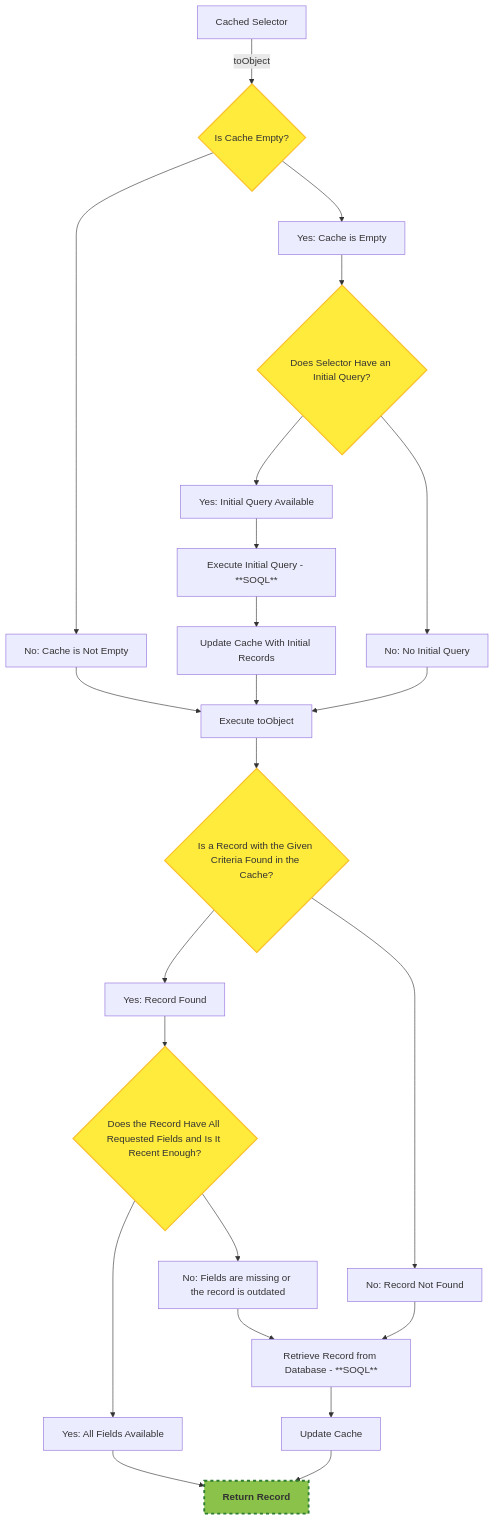
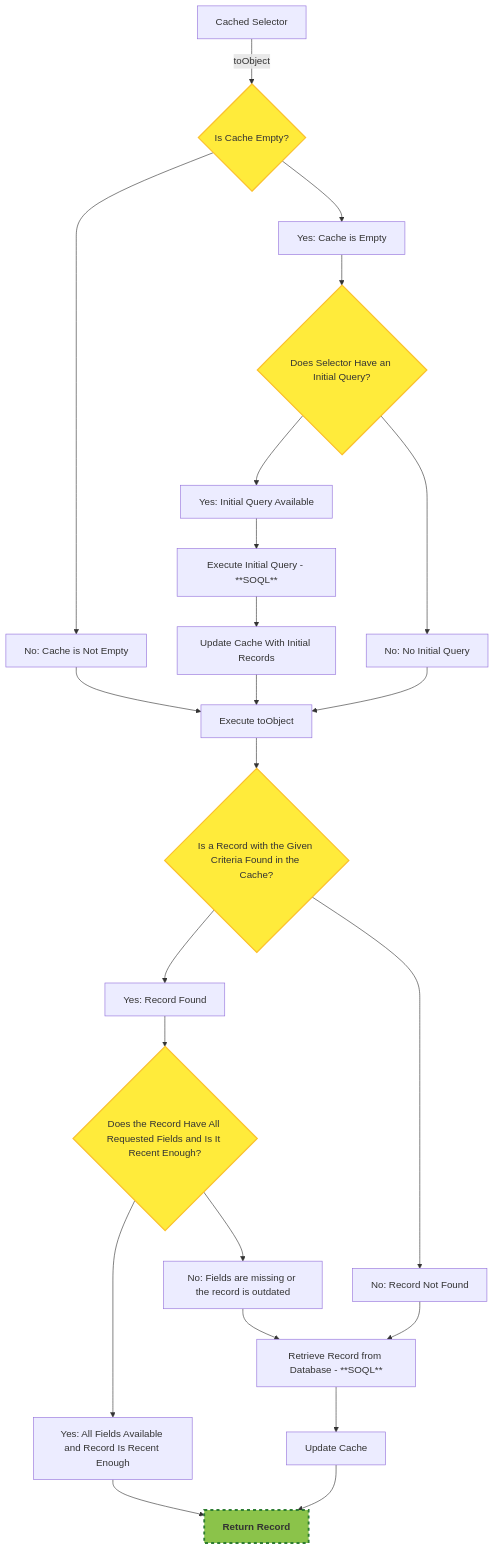
Before and after one commit to beyond-the-cloud-dev/soql-lib: the diagram in website/docs/advanced-usage/soql-caching.md, drawn with Mermaid. The commit also changed other lines of this file and 6 other files, not shown here.

````diff
--- a/website/docs/advanced-usage/soql-caching.md
+++ b/website/docs/advanced-usage/soql-caching.md
@@ -267,44 +267,44 @@
 ```mermaid
 flowchart TD
     CachedSelector[Cached Selector]
     IsCacheEmpty{Is Cache Empty?}
     EmptyCache[Yes: Cache is Empty]
     CacheNotEmpty[No: Cache is Not Empty]
     HasInitialQueryDecision{Does Selector Have an Initial Query?}
     HasInitialQuery[Yes: Initial Query Available]
     NoInitialQuery[No: No Initial Query]
     ExecuteInitialQuery[Execute Initial Query - **SOQL**]
     PopulateCache[Update Cache With Initial Records]
     ExecuteToObject[Execute toObject]
     FindRecordInCache{Is a Record with the Given Criteria Found in the Cache?}
     RecordFound[Yes: Record Found]
     RecordNotFound[No: Record Not Found]
     HasAllFields{Does the Record Have All Requested Fields and Is It Recent Enough?  }
-    AllFields[Yes: All Fields Available]
+    AllFields[Yes: All Fields Available and Record Is Recent Enough]
     MissingFields[No: Fields are missing or the record is outdated]
     RetrieveFromDB[Retrieve Record from Database - **SOQL**]
     UpdateCache[Update Cache]
     Done[Return Record]
 
     CachedSelector --> |toObject| IsCacheEmpty
     IsCacheEmpty --> EmptyCache --> HasInitialQueryDecision
     IsCacheEmpty --> CacheNotEmpty --> ExecuteToObject
     HasInitialQueryDecision --> HasInitialQuery --> ExecuteInitialQuery --> PopulateCache --> ExecuteToObject
     HasInitialQueryDecision --> NoInitialQuery --> ExecuteToObject
     ExecuteToObject --> FindRecordInCache
     FindRecordInCache --> RecordFound --> HasAllFields
     HasAllFields --> AllFields --> Done
     HasAllFields --> MissingFields --> RetrieveFromDB
     FindRecordInCache --> RecordNotFound --> RetrieveFromDB
     RetrieveFromDB --> UpdateCache
     UpdateCache --> Done
 
     Done:::greenNode
     IsCacheEmpty:::yellowNode
     HasInitialQueryDecision:::yellowNode
     FindRecordInCache:::yellowNode
     HasAllFields:::yellowNode
 
     classDef greenNode fill:#8BC34A,stroke:#2E7D32,stroke-width:3px,font-size:16px,font-weight:bold,stroke-dasharray:5 5;
     classDef yellowNode fill:#FFEB3B,stroke:#FBC02D,stroke-width:2px;
 ```
````
